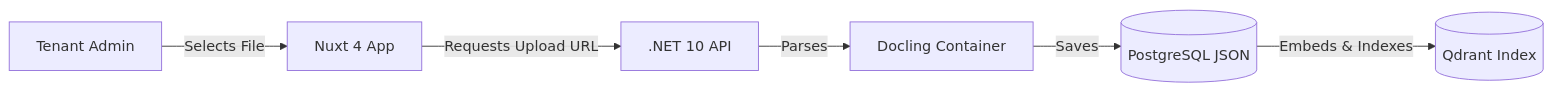
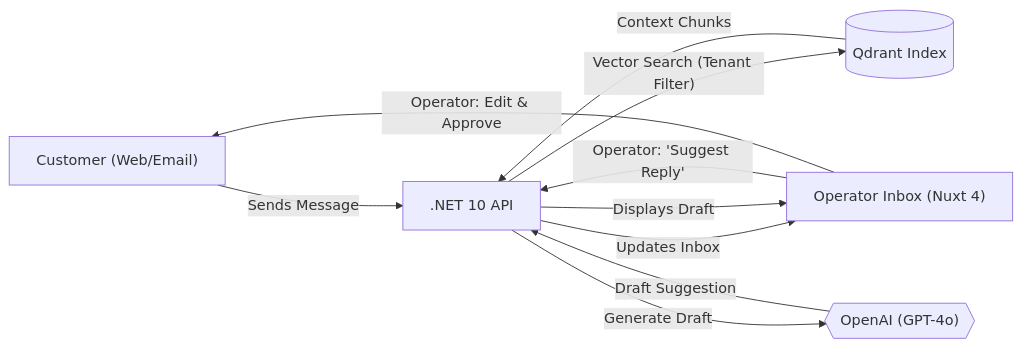
One commit to u3kkasha/chatbot changed the first of 2 diagrams in docs/PRD.md. Above: the diagram before and after it, drawn with Mermaid. The commit also changed other lines of this file and 51 other files, not shown here.

````diff
--- a/docs/PRD.md
+++ b/docs/PRD.md
@@ -70,15 +77,18 @@
 ```mermaid
 graph LR
-    Admin["Tenant Admin"]
-    App["Nuxt 4 App"]
+    Customer["Customer (Web/Email)"]
     API[".NET 10 API"]
-    DS["Docling Container"]
-    DB[("PostgreSQL JSON")]
+    Inbox["Operator Inbox (Nuxt 4)"]
     Q[("Qdrant Index")]
+    AI{{"OpenAI (GPT-4o)"}}
 
-    Admin -- "Selects File" --> App
-    App -- "Requests Upload URL" --> API
-    API -- "Parses" --> DS
-    DS -- "Saves" --> DB
-    DB -- "Embeds & Indexes" --> Q
+    Customer -- "Sends Message" --> API
+    API -- "Updates Inbox" --> Inbox
+    Inbox -- "Operator: 'Suggest Reply'" --> API
+    API -- "Vector Search (Tenant Filter)" --> Q
+    Q -- "Context Chunks" --> API
+    API -- "Generate Draft" --> AI
+    AI -- "Draft Suggestion" --> API
+    API -- "Displays Draft" --> Inbox
+    Inbox -- "Operator: Edit & Approve" --> Customer
 ```
````
